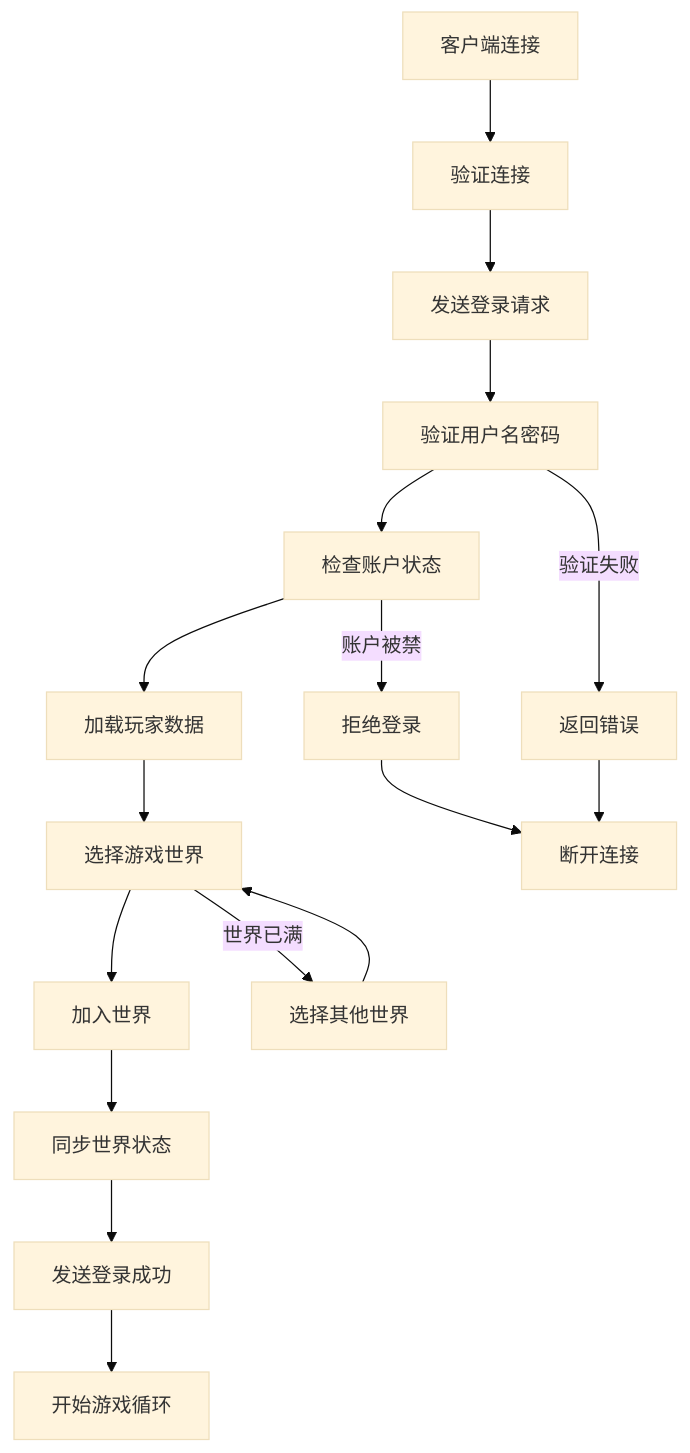
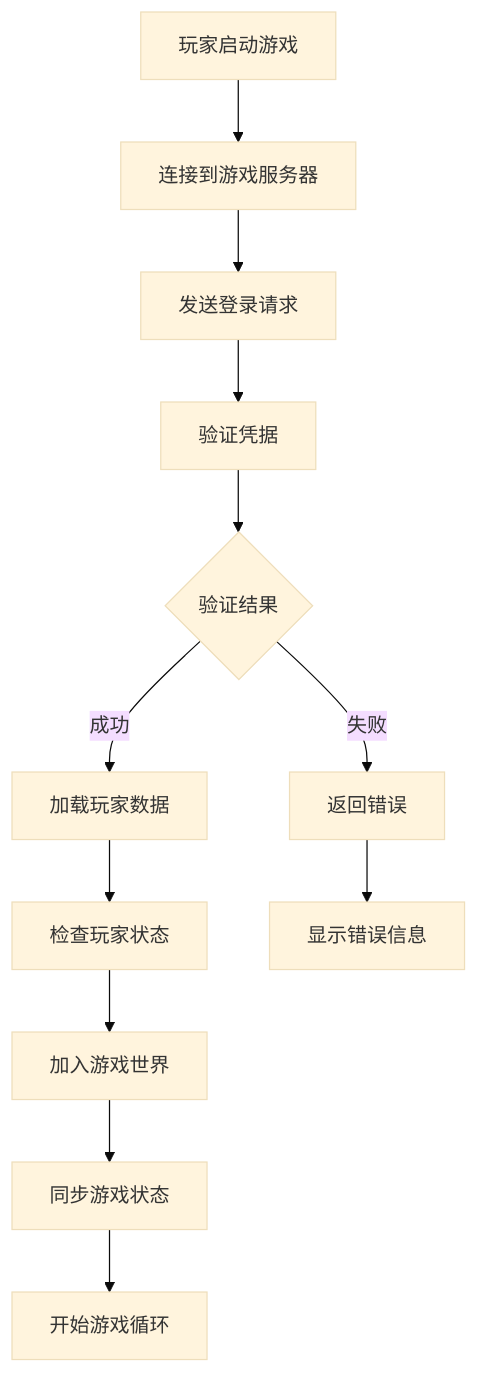
The first of 3 diagrams in docs/industry_domains/game_development/business_modeling.md (martin-ly/rust-lang), drawn with Mermaid (base theme) before and after one commit. The commit also changed other lines of this file and 2 other files, not shown here.

````diff
--- a/docs/industry_domains/game_development/business_modeling.md
+++ b/docs/industry_domains/game_development/business_modeling.md
@@ -627,21 +484,14 @@
 ```mermaid
 graph TD
-    A[客户端连接] --> B[验证连接]
+    A[玩家启动游戏] --> B[连接到游戏服务器]
     B --> C[发送登录请求]
-    C --> D[验证用户名密码]
-    D --> E[检查账户状态]
-    E --> F[加载玩家数据]
-    F --> G[选择游戏世界]
-    G --> H[加入世界]
-    H --> I[同步世界状态]
-    I --> J[发送登录成功]
+    C --> D[验证凭据]
+    D --> E{验证结果}
+    E -->|成功| F[加载玩家数据]
+    E -->|失败| G[返回错误]
+    F --> H[检查玩家状态]
+    H --> I[加入游戏世界]
+    I --> J[同步游戏状态]
     J --> K[开始游戏循环]
-    
-    D -->|验证失败| L[返回错误]
-    E -->|账户被禁| M[拒绝登录]
-    G -->|世界已满| N[选择其他世界]
-    
-    L --> O[断开连接]
-    M --> O
-    N --> G
+    G --> L[显示错误信息]
 ```
````
